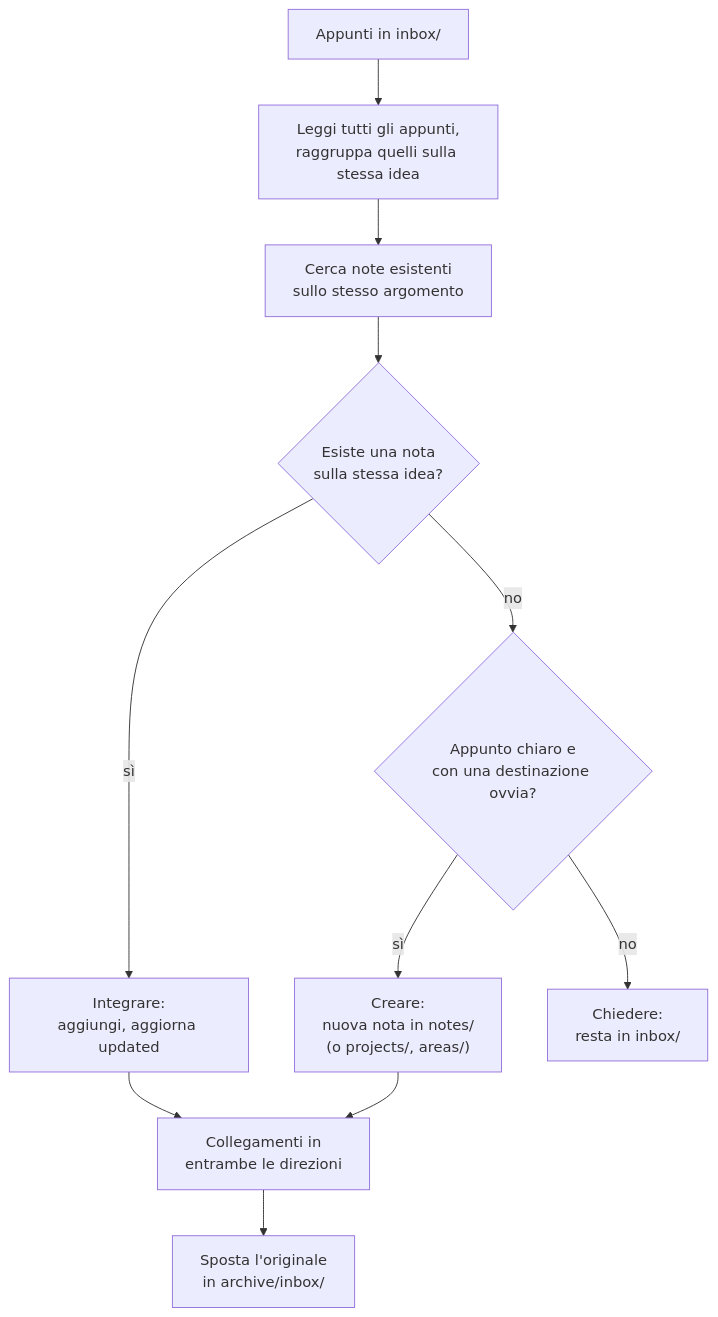
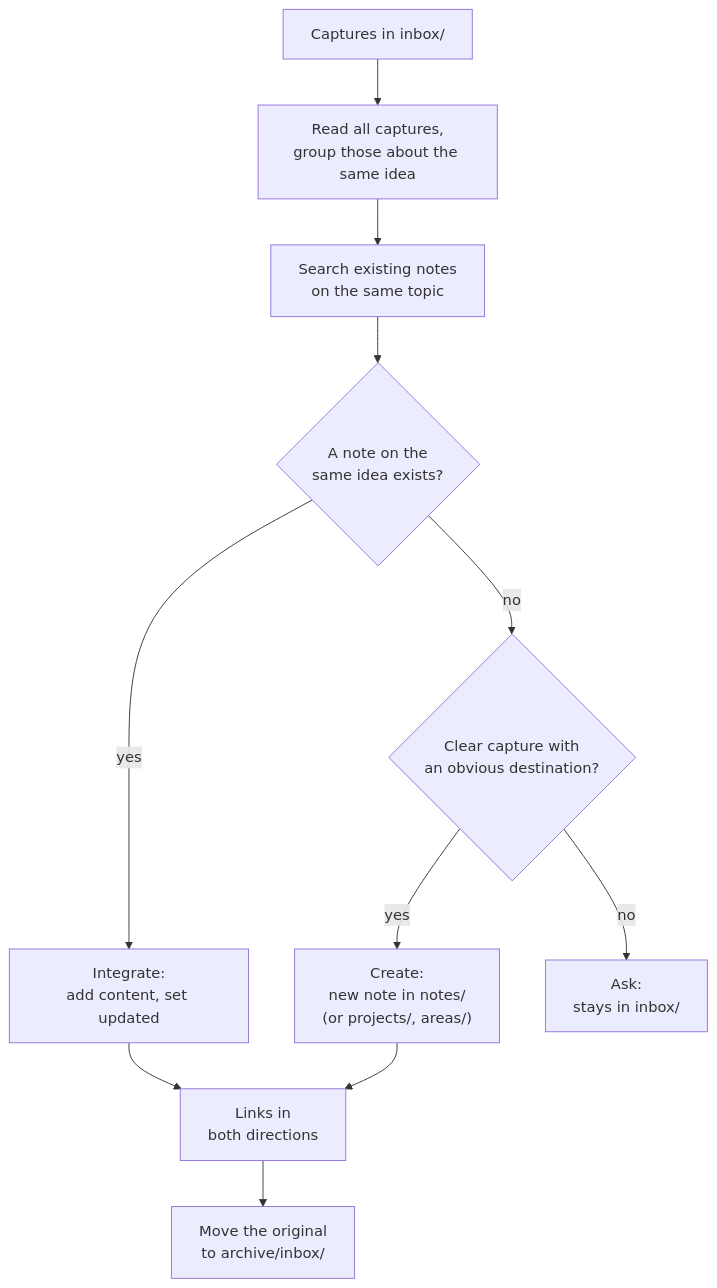
The second of 3 diagrams in README.md (matteogiorgi/second-brain), drawn with Mermaid before and after one commit. The commit also changed other lines of this file and 18 other files, not shown here.

````diff
--- a/README.md
+++ b/README.md
@@ -473,13 +296,13 @@
 ```mermaid
 flowchart TD
-    I["Appunti in inbox/"] --> L["Leggi tutti gli appunti,<br/>raggruppa quelli sulla stessa idea"]
-    L --> S["Cerca note esistenti<br/>sullo stesso argomento"]
-    S --> D{"Esiste una nota<br/>sulla stessa idea?"}
-    D -->|sì| INT["Integrare:<br/>aggiungi, aggiorna updated"]
-    D -->|no| CH{"Appunto chiaro e<br/>con una destinazione ovvia?"}
-    CH -->|sì| CRE["Creare:<br/>nuova nota in notes/<br/>(o projects/, areas/)"]
-    CH -->|no| ASK["Chiedere:<br/>resta in inbox/"]
-    INT --> LNK["Collegamenti in<br/>entrambe le direzioni"]
+    I["Captures in inbox/"] --> L["Read all captures,<br/>group those about the same idea"]
+    L --> S["Search existing notes<br/>on the same topic"]
+    S --> D{"A note on the<br/>same idea exists?"}
+    D -->|yes| INT["Integrate:<br/>add content, set updated"]
+    D -->|no| CH{"Clear capture with<br/>an obvious destination?"}
+    CH -->|yes| CRE["Create:<br/>new note in notes/<br/>(or projects/, areas/)"]
+    CH -->|no| ASK["Ask:<br/>stays in inbox/"]
+    INT --> LNK["Links in<br/>both directions"]
     CRE --> LNK
-    LNK --> ARC["Sposta l'originale<br/>in archive/inbox/"]
+    LNK --> ARC["Move the original<br/>to archive/inbox/"]
 ```
````
